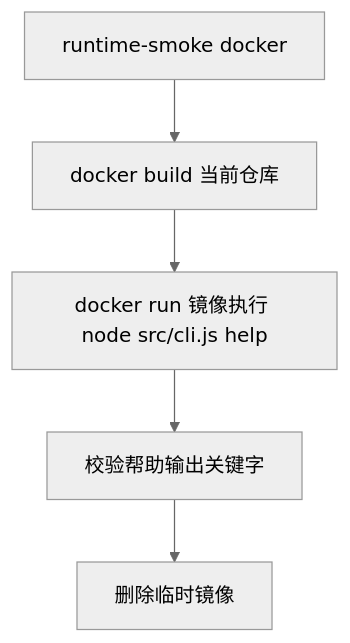
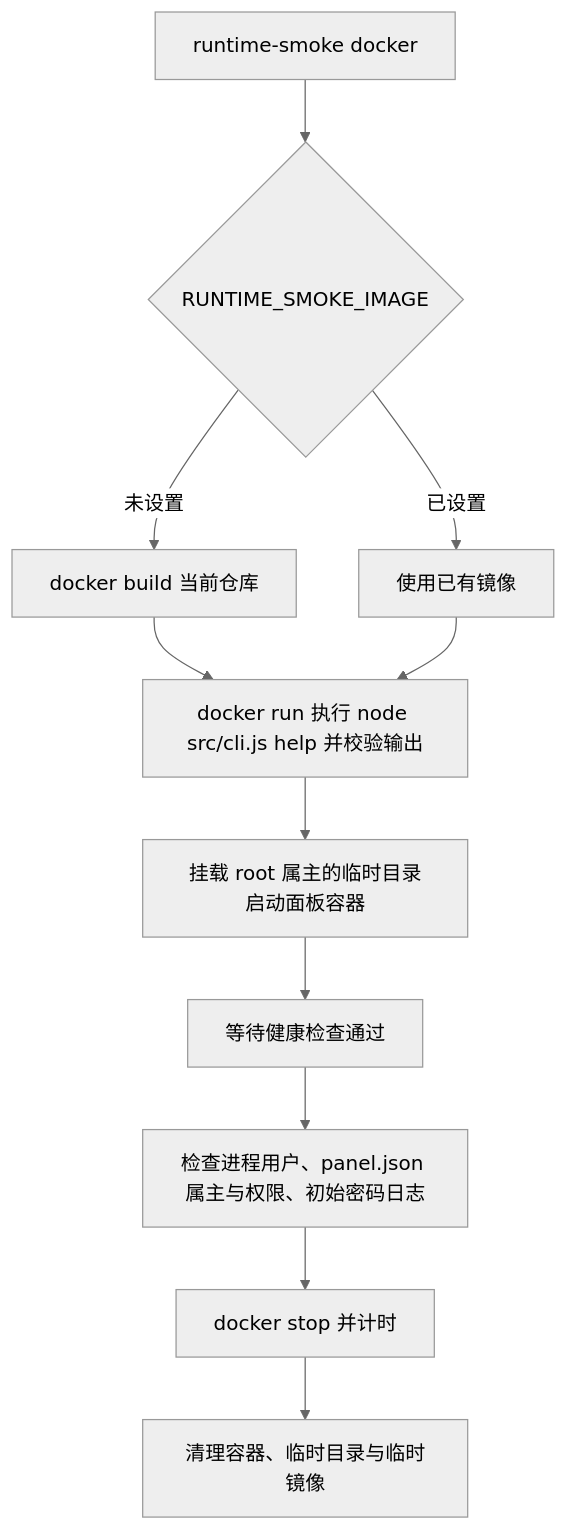
The diagram in docs/runtime-smoke.md (lonemoonspace/Weread-Assistant), drawn with Mermaid (neutral theme) before and after one commit. The commit also changed other lines of this file and 29 other files, not shown here.

````diff
--- a/docs/runtime-smoke.md
+++ b/docs/runtime-smoke.md
@@ -11,7 +11,13 @@
 ```mermaid
 flowchart TD
-  A[runtime-smoke docker] --> B[docker build 当前仓库]
-  B --> C[docker run 镜像执行 node src/cli.js help]
-  C --> D[校验帮助输出关键字]
-  D --> E[删除临时镜像]
+  A[runtime-smoke docker] --> B{RUNTIME_SMOKE_IMAGE}
+  B -->|未设置| C[docker build 当前仓库]
+  B -->|已设置| D[使用已有镜像]
+  C --> E[docker run 执行 node src/cli.js help 并校验输出]
+  D --> E
+  E --> F[挂载 root 属主的临时目录启动面板容器]
+  F --> G[等待健康检查通过]
+  G --> H[检查进程用户、panel.json 属主与权限、初始密码日志]
+  H --> I[docker stop 并计时]
+  I --> J[清理容器、临时目录与临时镜像]
 ```
````
